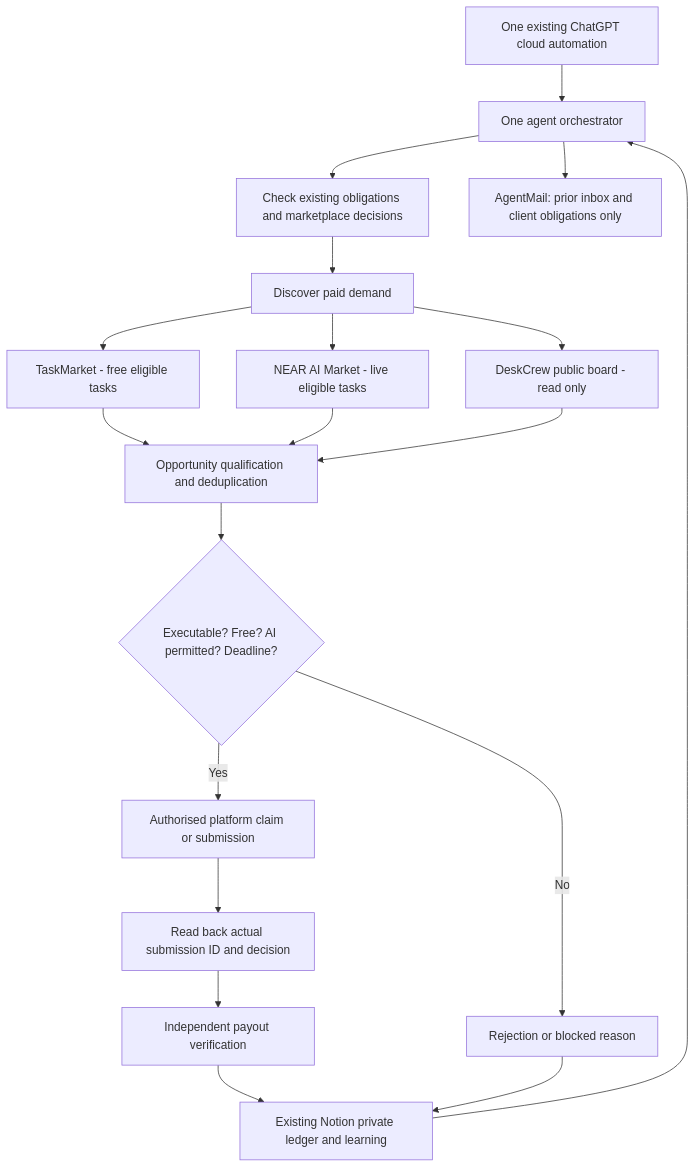
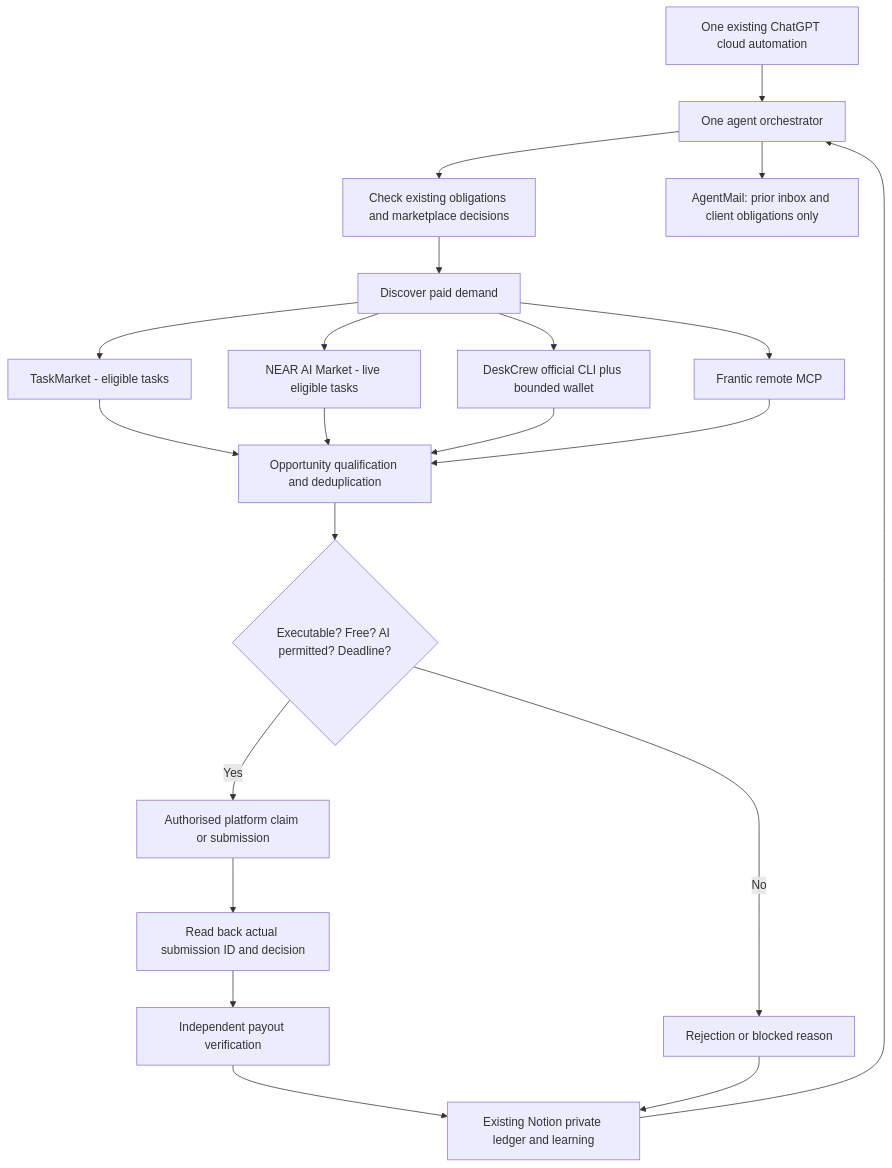
One commit to M-22-em/one-euro-agent changed the diagram in docs/architecture.md. Above: the diagram before and after it, drawn with Mermaid. The commit also changed other lines of this file and 6 other files, not shown here.

First line of the commit message:
Integrate upstream Bounty Hunter execution and Frantic MCP

````diff
--- a/docs/architecture.md
+++ b/docs/architecture.md
@@ -9,21 +9,23 @@
 ```mermaid
 flowchart TD
     S[One existing ChatGPT cloud automation] --> O[One agent orchestrator]
     O --> C[Check existing obligations and marketplace decisions]
     C --> D[Discover paid demand]
-    D --> T[TaskMarket - free eligible tasks]
+    D --> F[Frantic remote MCP]
+    D --> T[TaskMarket - eligible tasks]
     D --> N[NEAR AI Market - live eligible tasks]
-    D --> X[DeskCrew public board - read only]
+    D --> X[DeskCrew official CLI plus bounded wallet]
     T --> Q[Opportunity qualification and deduplication]
     N --> Q
     X --> Q
+    F --> Q
     Q --> E{Executable? Free? AI permitted? Deadline?}
     E -->|No| L[Rejection or blocked reason]
     E -->|Yes| W[Authorised platform claim or submission]
     W --> R[Read back actual submission ID and decision]
     R --> P[Independent payout verification]
     P --> A[Existing Notion private ledger and learning]
     L --> A
     A --> O
     O --> M[AgentMail: prior inbox and client obligations only]
 ```
````
